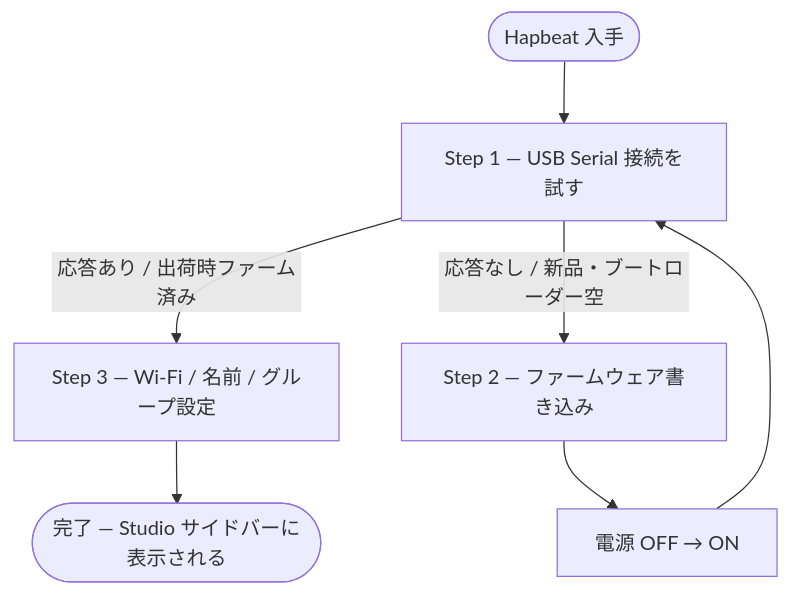
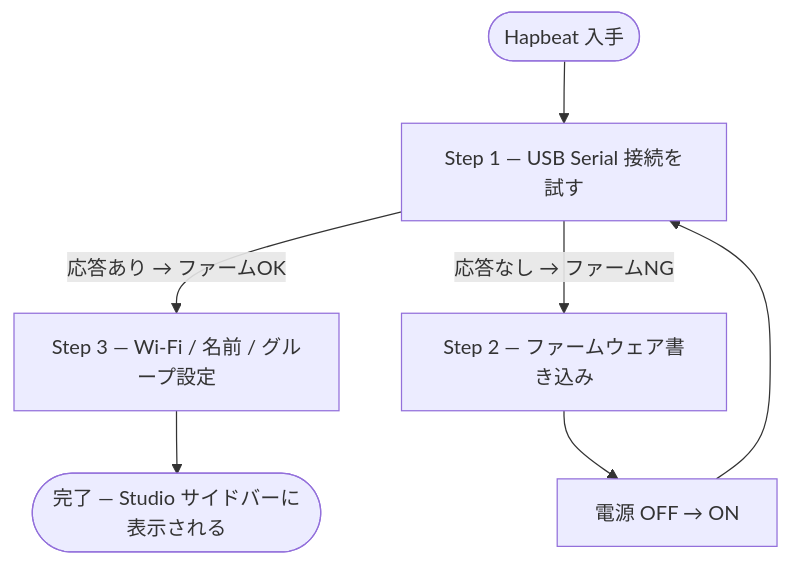
Before and after one commit to hapbeat/hapbeat-studio: the diagram in docs/initial-setup.md, drawn with Mermaid.

Commit message:
initial-setup: フロー分岐ラベルをシンプルに

````diff
--- a/docs/initial-setup.md
+++ b/docs/initial-setup.md
@@ -22,12 +22,12 @@
 ```mermaid
 flowchart TD
     A([Hapbeat 入手]) --> B
     B["Step 1 — USB Serial 接続を試す"]
-    B -->|応答あり / 出荷時ファーム済み| D
-    B -->|応答なし / 新品・ブートローダー空| C
+    B -->|応答あり → ファームOK| D
+    B -->|応答なし → ファームNG| C
     C["Step 2 — ファームウェア書き込み"]
     C --> E["電源 OFF → ON"]
     E --> B
     D["Step 3 — Wi-Fi / 名前 / グループ設定"]
     D --> F([完了 — Studio サイドバーに表示される])
 ```
````
